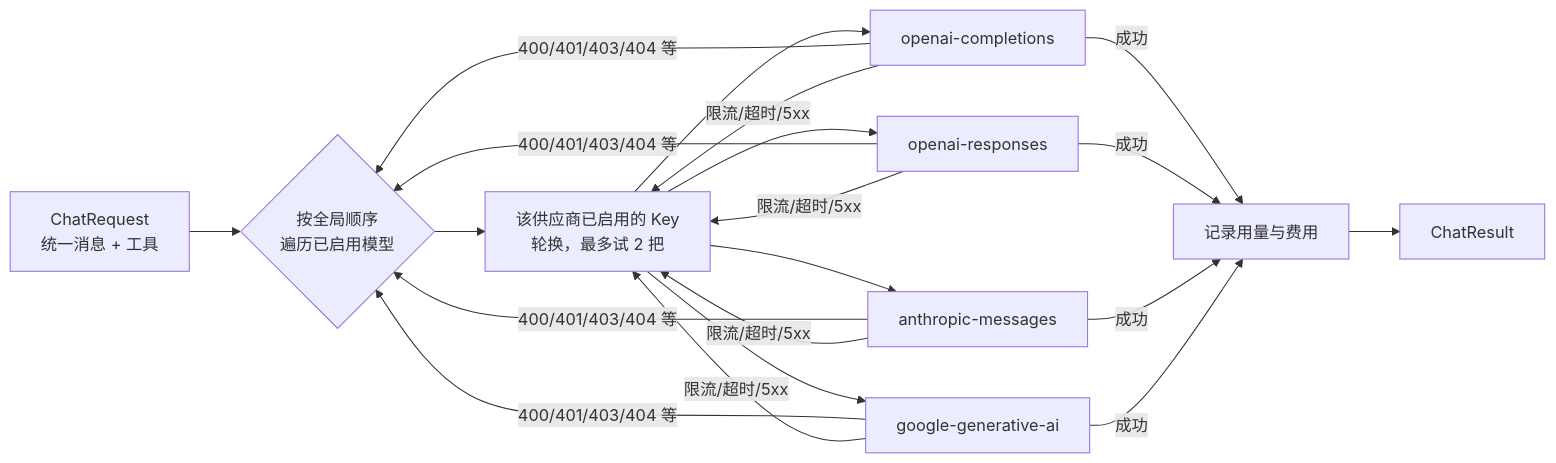
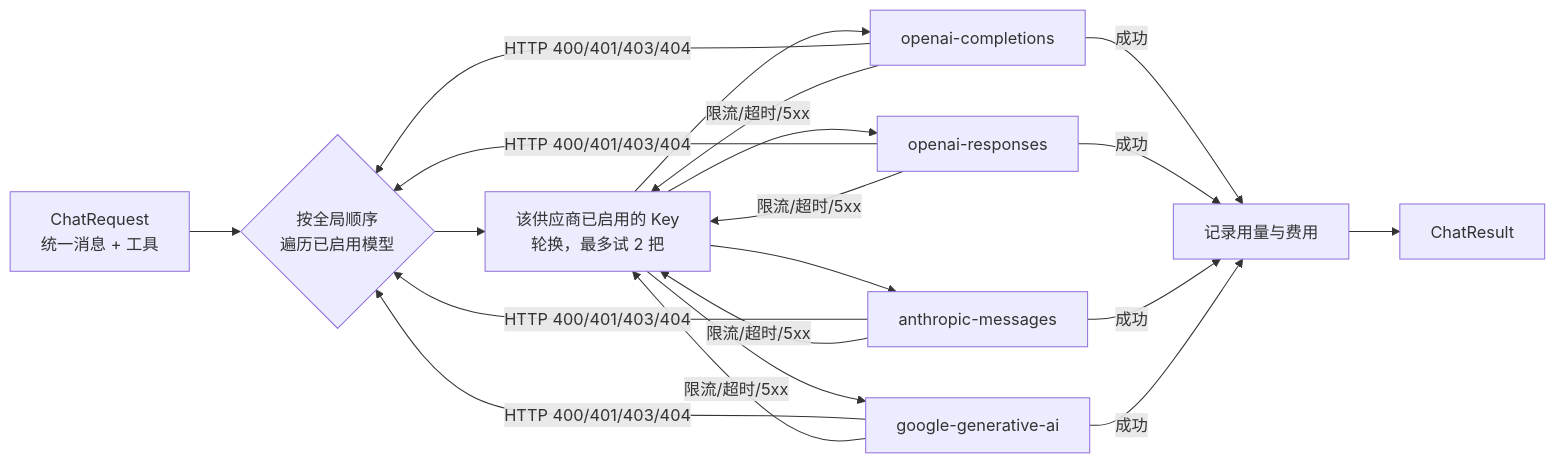
One commit to Causally-XYZ/Project.Quetzal changed the tenth of 10 diagrams in docs/ARCHITECTURE.md. Above: the diagram before and after it, drawn with Mermaid. The commit also changed other lines of this file and 70 other files, not shown here.

````diff
--- a/docs/ARCHITECTURE.md
+++ b/docs/ARCHITECTURE.md
@@ -382,12 +386,12 @@
 ```mermaid
 flowchart LR
   REQ[ChatRequest<br/>统一消息 + 工具] --> R{按全局顺序<br/>遍历已启用模型}
   R --> K[该供应商已启用的 Key<br/>轮换，最多试 2 把]
   K --> AD1[openai-completions]
   K --> AD2[openai-responses]
   K --> AD3[anthropic-messages]
   K --> AD4[google-generative-ai]
   AD1 & AD2 & AD3 & AD4 -- 成功 --> U[记录用量与费用] --> RES[ChatResult]
-  AD1 & AD2 & AD3 & AD4 -- "400/401/403/404 等" --> R
+  AD1 & AD2 & AD3 & AD4 -- "HTTP 400/401/403/404" --> R
   AD1 & AD2 & AD3 & AD4 -- "限流/超时/5xx" --> K
 ```
````
